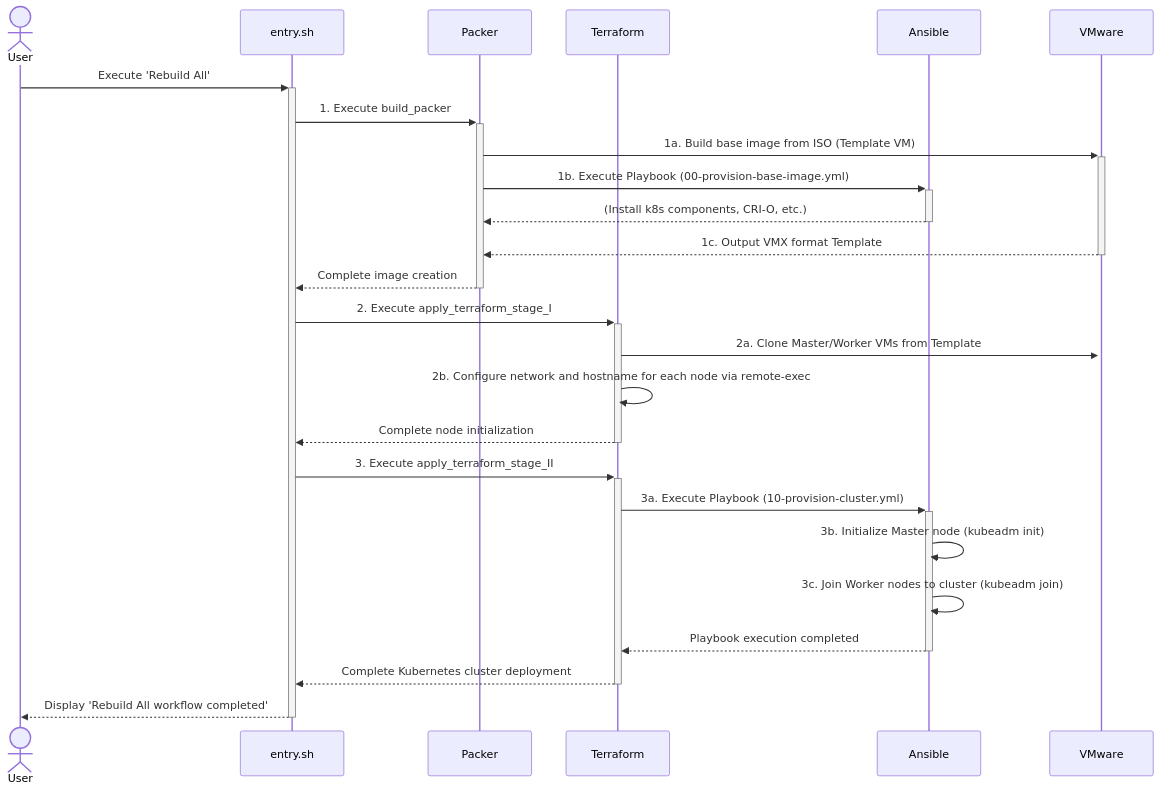
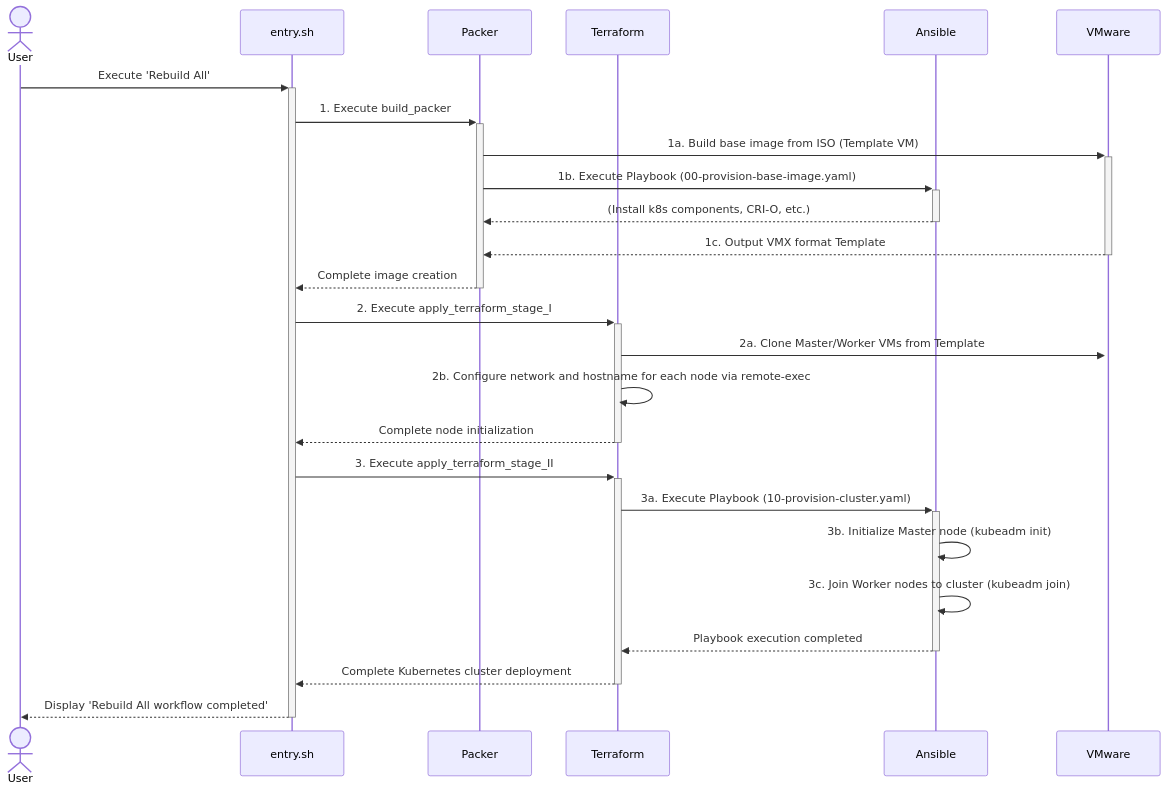
Before and after one commit to csning1998/on-premise-gitlab-deployment: the diagram in README.md, drawn with Mermaid. The commit also changed other lines of this file and 58 other files, not shown here.

````diff
--- a/README.md
+++ b/README.md
@@ -227,30 +238,30 @@
 ```mermaid
 sequenceDiagram
    actor User
    participant Entrypoint as entry.sh
    participant Packer
    participant Terraform
    participant Ansible
    participant VMware
 
    User->>+Entrypoint: Execute 'Rebuild All'
    Entrypoint->>+Packer: 1. Execute build_packer
    Packer->>+VMware: 1a. Build base image from ISO (Template VM)
-   Packer->>+Ansible: 1b. Execute Playbook (00-provision-base-image.yml)
+   Packer->>+Ansible: 1b. Execute Playbook (00-provision-base-image.yaml)
    Ansible-->>-Packer: (Install k8s components, CRI-O, etc.)
    VMware-->>-Packer: 1c. Output VMX format Template
    Packer-->>-Entrypoint: Complete image creation
 
    Entrypoint->>+Terraform: 2. Execute apply_terraform_stage_I
    Terraform->>+VMware: 2a. Clone Master/Worker VMs from Template
    Terraform->>Terraform: 2b. Configure network and hostname for each node via remote-exec
    Terraform-->>-Entrypoint: Complete node initialization
 
    Entrypoint->>+Terraform: 3. Execute apply_terraform_stage_II
-   Terraform->>+Ansible: 3a. Execute Playbook (10-provision-cluster.yml)
+   Terraform->>+Ansible: 3a. Execute Playbook (10-provision-cluster.yaml)
    Ansible->>Ansible: 3b. Initialize Master node (kubeadm init)
    Ansible->>Ansible: 3c. Join Worker nodes to cluster (kubeadm join)
    Ansible-->>-Terraform: Playbook execution completed
    Terraform-->>-Entrypoint: Complete Kubernetes cluster deployment
    Entrypoint-->>-User: Display 'Rebuild All workflow completed'
 ```
````
